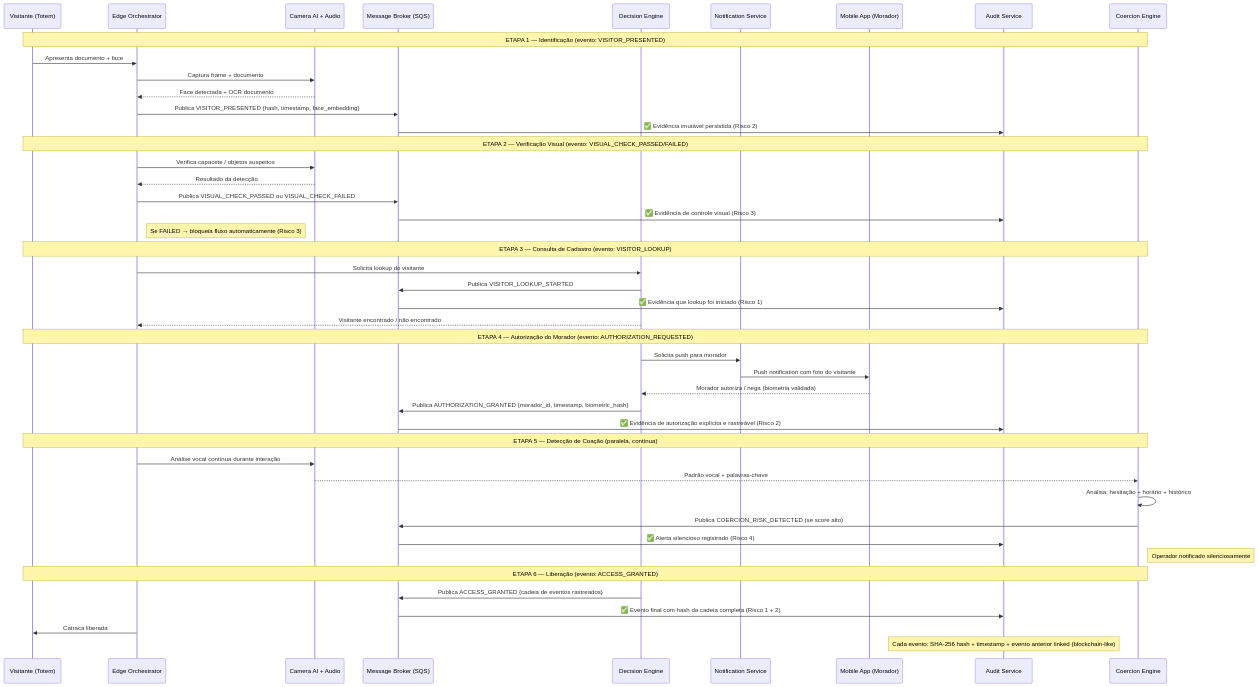
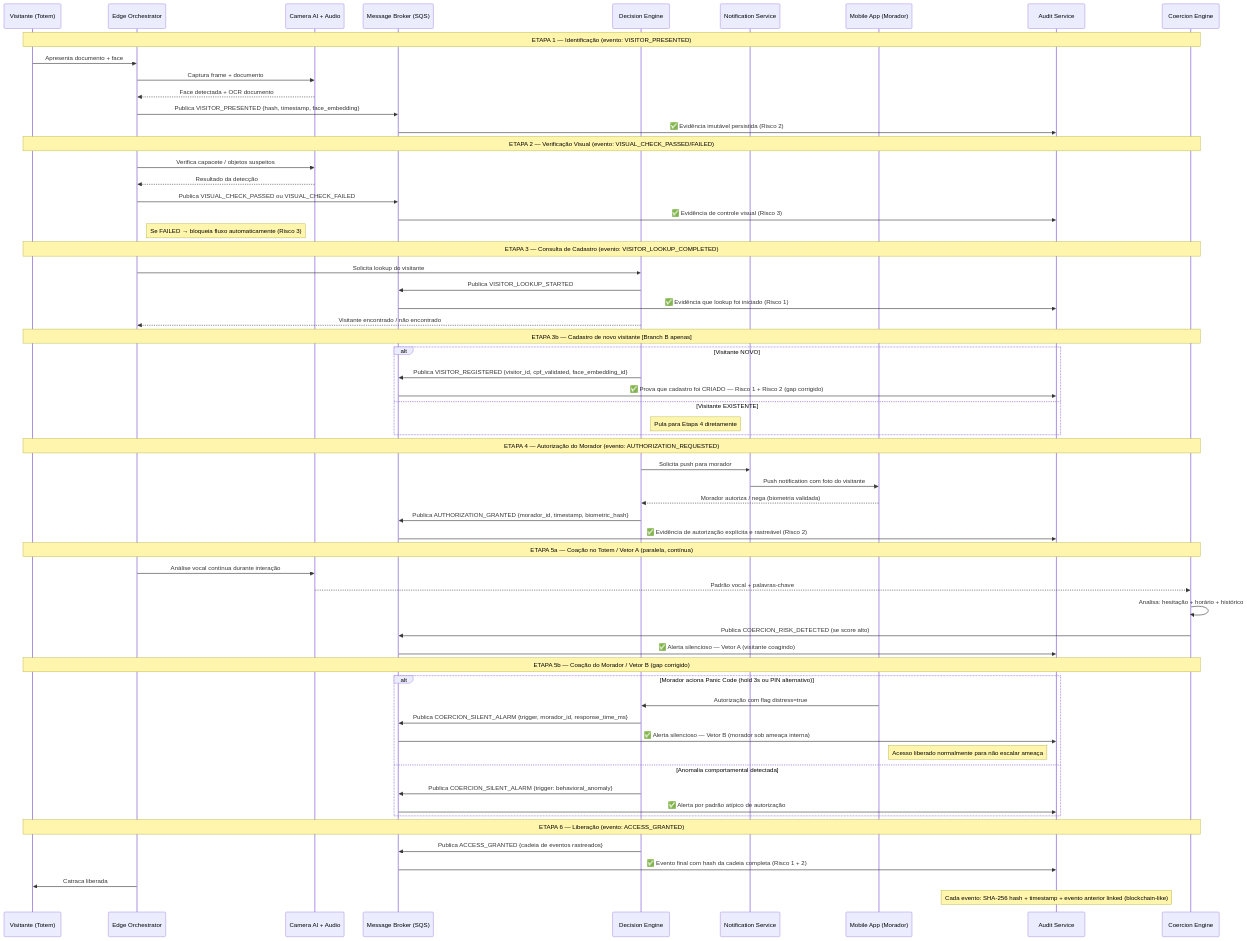
Before and after one commit to Turbiani/fiap-tech-manager-entrega-final-fase5: the third of 5 diagrams in fase5-enterprise-architecture/arquitetura/smartgate-arquitetura-alto-nivel.md, drawn with Mermaid. The commit also changed other lines of this file and 1 other file, not shown here.

First line of the commit message:
fix: fecha gaps críticos do Tech Challenge (Risco 1, 2 e 4)

````diff
--- a/fase5-enterprise-architecture/arquitetura/smartgate-arquitetura-alto-nivel.md
+++ b/fase5-enterprise-architecture/arquitetura/smartgate-arquitetura-alto-nivel.md
@@ -159,54 +159,72 @@
 ```mermaid
 sequenceDiagram
     participant V as Visitante (Totem)
     participant EA as Edge Orchestrator
     participant CAI as Camera AI + Audio
     participant SQS as Message Broker (SQS)
     participant DE as Decision Engine
     participant NS as Notification Service
     participant MA as Mobile App (Morador)
     participant AS as Audit Service
     participant CE as Coercion Engine
 
     Note over V,CE: ETAPA 1 — Identificação (evento: VISITOR_PRESENTED)
     V->>EA: Apresenta documento + face
     EA->>CAI: Captura frame + documento
     CAI-->>EA: Face detectada + OCR documento
     EA->>SQS: Publica VISITOR_PRESENTED {hash, timestamp, face_embedding}
     SQS->>AS: ✅ Evidência imutável persistida (Risco 2)
 
     Note over V,CE: ETAPA 2 — Verificação Visual (evento: VISUAL_CHECK_PASSED/FAILED)
     EA->>CAI: Verifica capacete / objetos suspeitos
     CAI-->>EA: Resultado da detecção
     EA->>SQS: Publica VISUAL_CHECK_PASSED ou VISUAL_CHECK_FAILED
     SQS->>AS: ✅ Evidência de controle visual (Risco 3)
     Note right of EA: Se FAILED → bloqueia fluxo automaticamente (Risco 3)
 
-    Note over V,CE: ETAPA 3 — Consulta de Cadastro (evento: VISITOR_LOOKUP)
+    Note over V,CE: ETAPA 3 — Consulta de Cadastro (evento: VISITOR_LOOKUP_COMPLETED)
     EA->>DE: Solicita lookup do visitante
     DE->>SQS: Publica VISITOR_LOOKUP_STARTED
     SQS->>AS: ✅ Evidência que lookup foi iniciado (Risco 1)
     DE-->>EA: Visitante encontrado / não encontrado
+
+    Note over V,CE: ETAPA 3b — Cadastro de novo visitante [Branch B apenas]
+    alt Visitante NOVO
+        DE->>SQS: Publica VISITOR_REGISTERED {visitor_id, cpf_validated, face_embedding_id}
+        SQS->>AS: ✅ Prova que cadastro foi CRIADO — Risco 1 + Risco 2 (gap corrigido)
+    else Visitante EXISTENTE
+        Note right of DE: Pula para Etapa 4 diretamente
+    end
 
     Note over V,CE: ETAPA 4 — Autorização do Morador (evento: AUTHORIZATION_REQUESTED)
     DE->>NS: Solicita push para morador
     NS->>MA: Push notification com foto do visitante
     MA-->>DE: Morador autoriza / nega (biometria validada)
     DE->>SQS: Publica AUTHORIZATION_GRANTED {morador_id, timestamp, biometric_hash}
     SQS->>AS: ✅ Evidência de autorização explícita e rastreável (Risco 2)
 
-    Note over V,CE: ETAPA 5 — Detecção de Coação (paralela, contínua)
+    Note over V,CE: ETAPA 5a — Coação no Totem / Vetor A (paralela, contínua)
     EA->>CAI: Análise vocal contínua durante interação
     CAI-->>CE: Padrão vocal + palavras-chave
     CE->>CE: Analisa: hesitação + horário + histórico
     CE->>SQS: Publica COERCION_RISK_DETECTED (se score alto)
-    SQS->>AS: ✅ Alerta silencioso registrado (Risco 4)
-    Note right of CE: Operador notificado silenciosamente
+    SQS->>AS: ✅ Alerta silencioso — Vetor A (visitante coagindo)
+
+    Note over V,CE: ETAPA 5b — Coação do Morador / Vetor B (gap corrigido)
+    alt Morador aciona Panic Code (hold 3s ou PIN alternativo)
+        MA->>DE: Autorização com flag distress=true
+        DE->>SQS: Publica COERCION_SILENT_ALARM {trigger, morador_id, response_time_ms}
+        SQS->>AS: ✅ Alerta silencioso — Vetor B (morador sob ameaça interna)
+        Note right of MA: Acesso liberado normalmente para não escalar ameaça
+    else Anomalia comportamental detectada
+        DE->>SQS: Publica COERCION_SILENT_ALARM {trigger: behavioral_anomaly}
+        SQS->>AS: ✅ Alerta por padrão atípico de autorização
+    end
 
     Note over V,CE: ETAPA 6 — Liberação (evento: ACCESS_GRANTED)
     DE->>SQS: Publica ACCESS_GRANTED {cadeia de eventos rastreados}
     SQS->>AS: ✅ Evento final com hash da cadeia completa (Risco 1 + 2)
     EA->>V: Catraca liberada
 
     Note over AS: Cada evento: SHA-256 hash + timestamp + evento anterior linked (blockchain-like)
 ```
````
